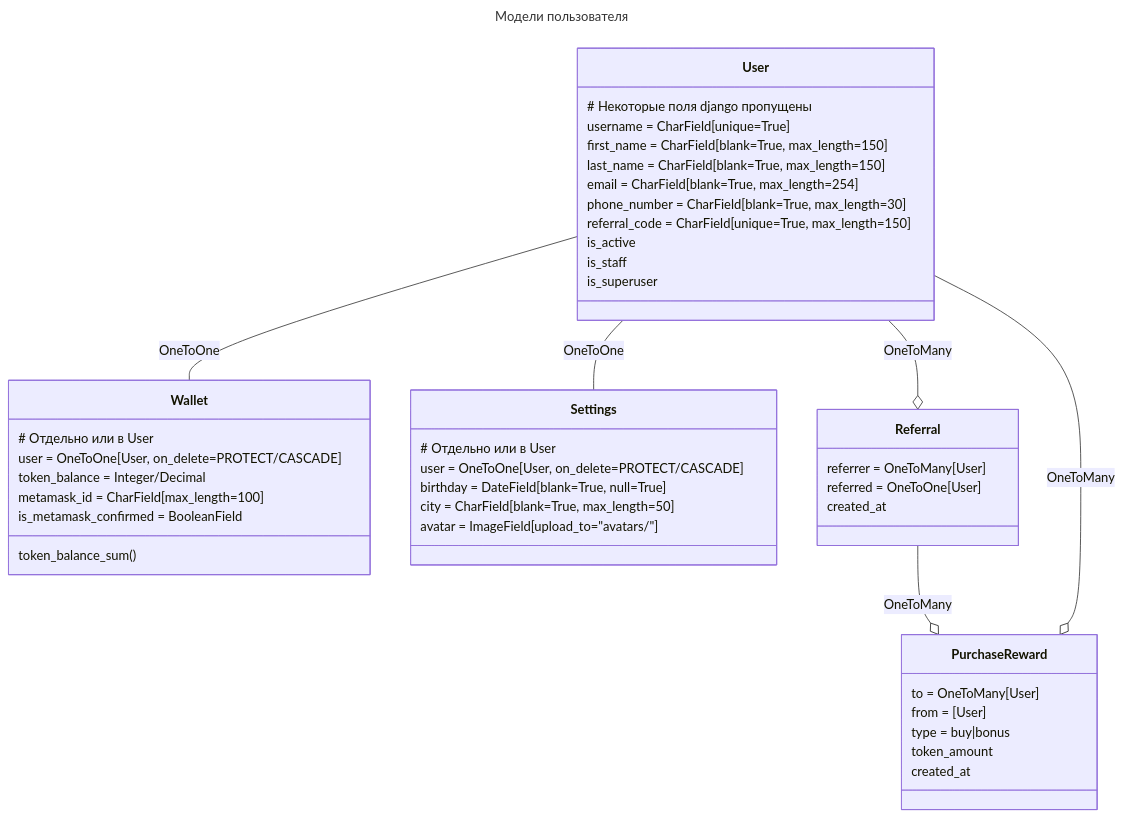
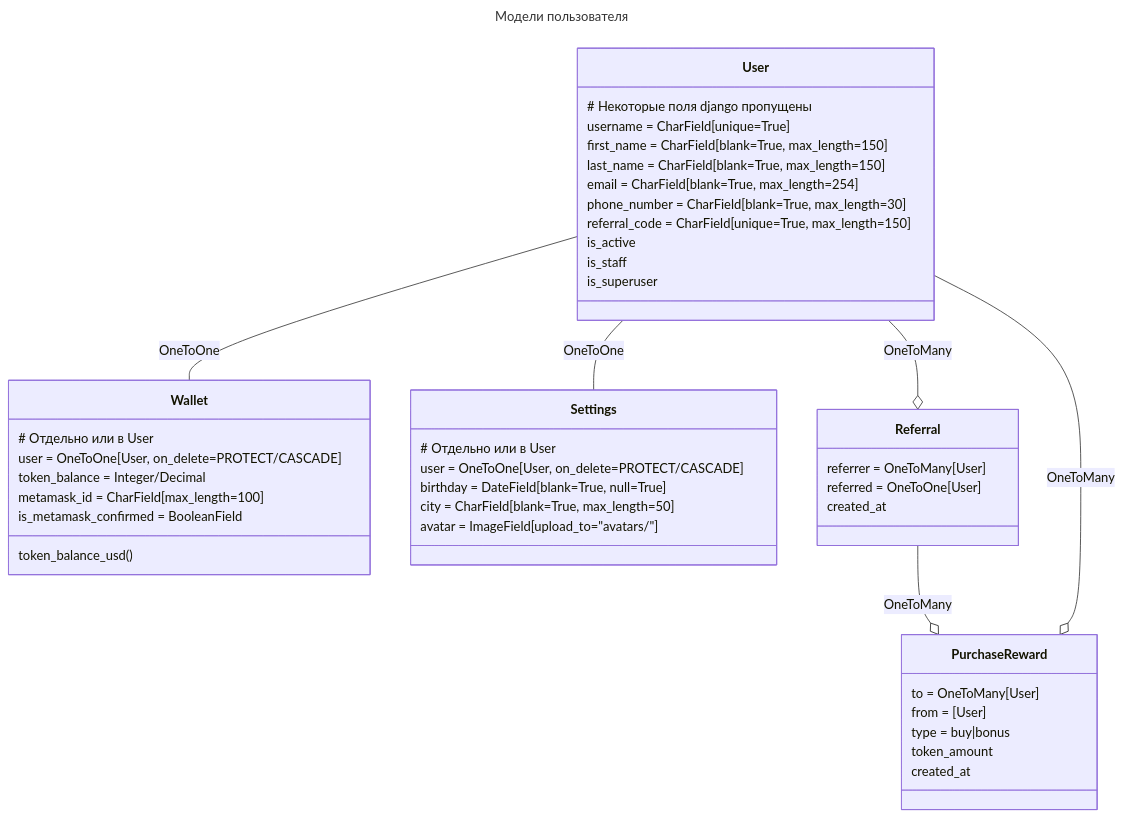
One commit to DmitryPi/market_django changed the first of 3 diagrams in README.md. Above: the diagram before and after it, drawn with Mermaid. The commit also changed other lines of this file and 2 other files, not shown here.

````diff
--- a/README.md
+++ b/README.md
@@ -39,55 +39,55 @@
 ```mermaid
 ---
 title: Модели пользователя
 ---
 classDiagram
     User -- Wallet : OneToOne
     User -- Settings : OneToOne
     User --o Referral : OneToMany
     Referral --o PurchaseReward : OneToMany
     User --o PurchaseReward : OneToMany
 
     class User {
         # Некоторые поля django пропущены
         username = CharField[unique=True]
         first_name = CharField[blank=True, max_length=150]
         last_name = CharField[blank=True, max_length=150]
         email = CharField[blank=True, max_length=254]
         phone_number = CharField[blank=True, max_length=30]
         referral_code = CharField[unique=True, max_length=150]
         is_active
         is_staff
         is_superuser
     }
 
     class Wallet {
         # Отдельно или в User
         user = OneToOne[User, on_delete=PROTECT/CASCADE]
         token_balance = Integer/Decimal
         metamask_id = CharField[max_length=100]
         is_metamask_confirmed = BooleanField
-        token_balance_sum()
+        token_balance_usd()
     }
 
     class Settings {
         # Отдельно или в User
         user = OneToOne[User, on_delete=PROTECT/CASCADE]
         birthday = DateField[blank=True, null=True]
         city = CharField[blank=True, max_length=50]
         avatar = ImageField[upload_to="avatars/"]
     }
 
     class Referral {
         referrer = OneToMany[User]
         referred = OneToOne[User]
         created_at
     }
 
     class PurchaseReward {
         to = OneToMany[User]
         from = [User]
         type = buy|bonus
         token_amount
         created_at
     }
 ```
````
